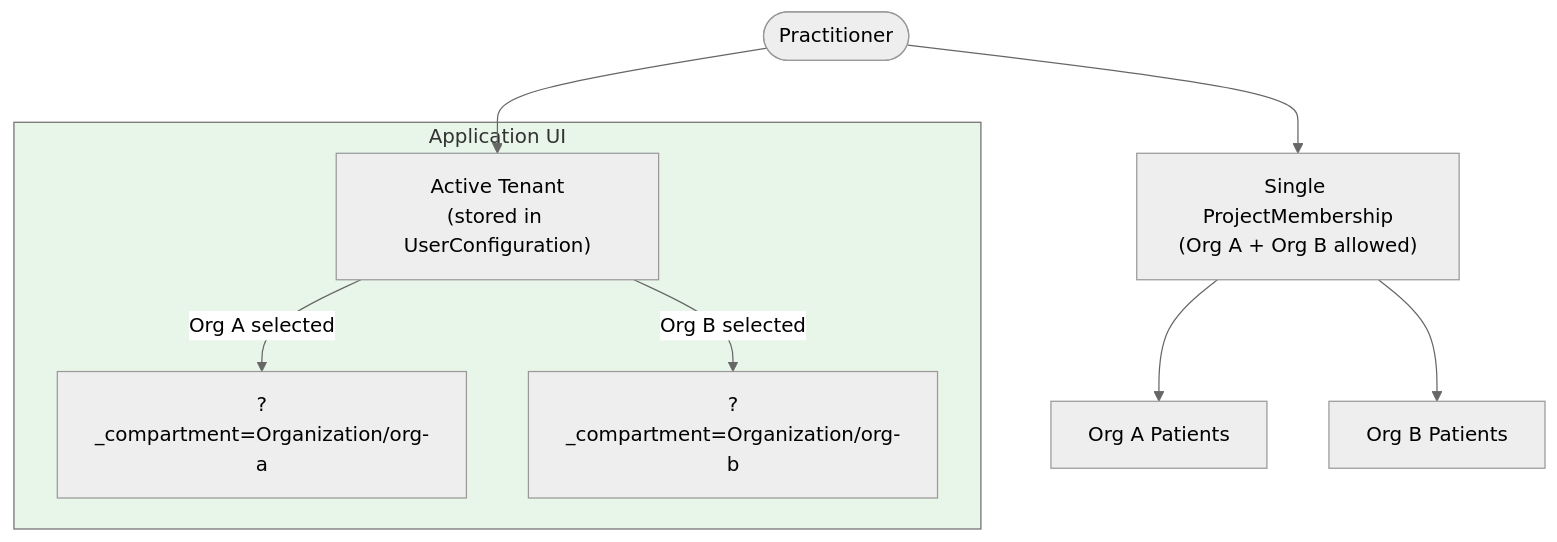
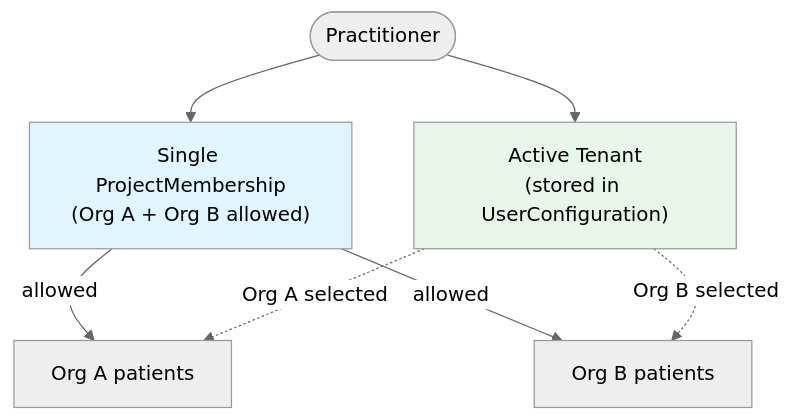
Before and after one commit to medplum/medplum: the fourth of 4 diagrams in packages/docs/docs/access/tenant-selector.mdx, drawn with Mermaid. The commit also changed other lines of this file, not shown here.

First line of the commit message:
Restructure tenant selector docs for clarity

````diff
--- a/packages/docs/docs/access/tenant-selector.mdx
+++ b/packages/docs/docs/access/tenant-selector.mdx
@@ -166,21 +181,22 @@
 ```mermaid
 %%{init: {'theme': 'neutral' }}%%
 flowchart TB
-    User([Practitioner])
-    PM["Single ProjectMembership\n(Org A + Org B allowed)"]
-    User --> PM
-    PM --> OA[Org A Patients]
-    PM --> OB[Org B Patients]
+    U([Practitioner])
+    PM["Single ProjectMembership<br/>(Org A + Org B allowed)"]
+    AT["Active Tenant<br/>(stored in UserConfiguration)"]
 
-    subgraph App["Application UI"]
-        AT["Active Tenant\n(stored in UserConfiguration)"]
-        QA["?_compartment=Organization/org-a"]
-        QB["?_compartment=Organization/org-b"]
-        AT -->|"Org A selected"| QA
-        AT -->|"Org B selected"| QB
-    end
+    OA[Org A patients]
+    OB[Org B patients]
 
-    User --> AT
+    U --> PM
+    U --> AT
 
-    style App fill:#e8f5e9
+    PM -->|allowed| OA
+    PM -->|allowed| OB
+
+    AT -.->|"Org A selected"| OA
+    AT -.->|"Org B selected"| OB
+
+    style PM fill:#e1f5ff
+    style AT fill:#e8f5e9
 ```
````
